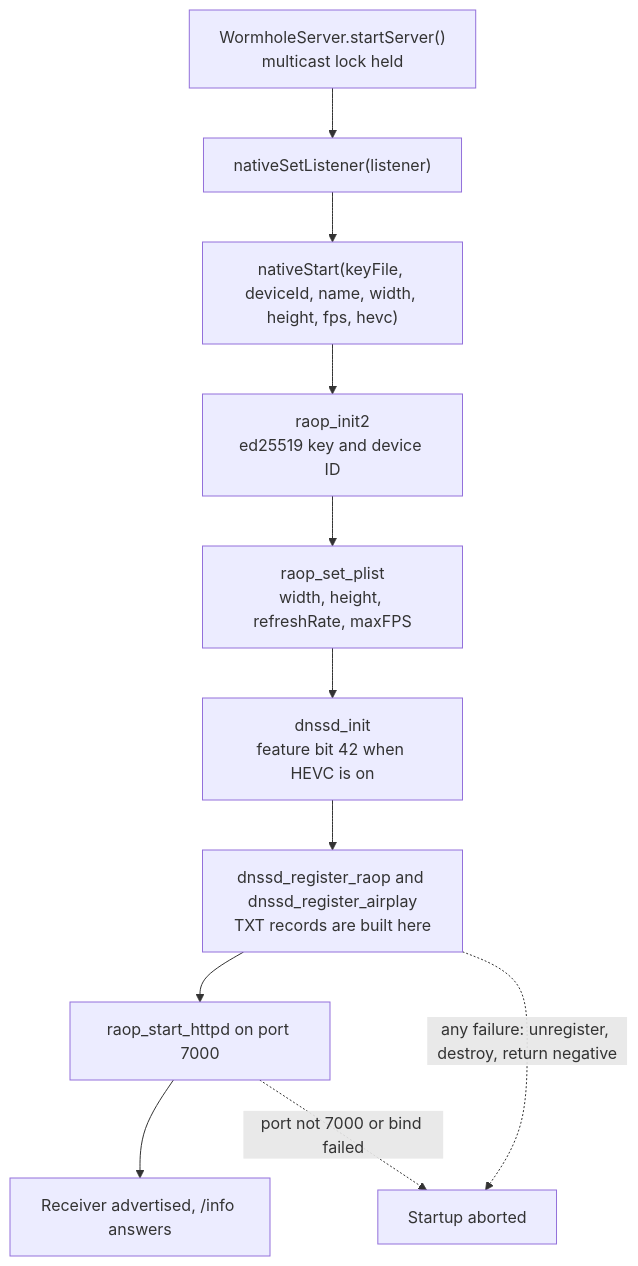
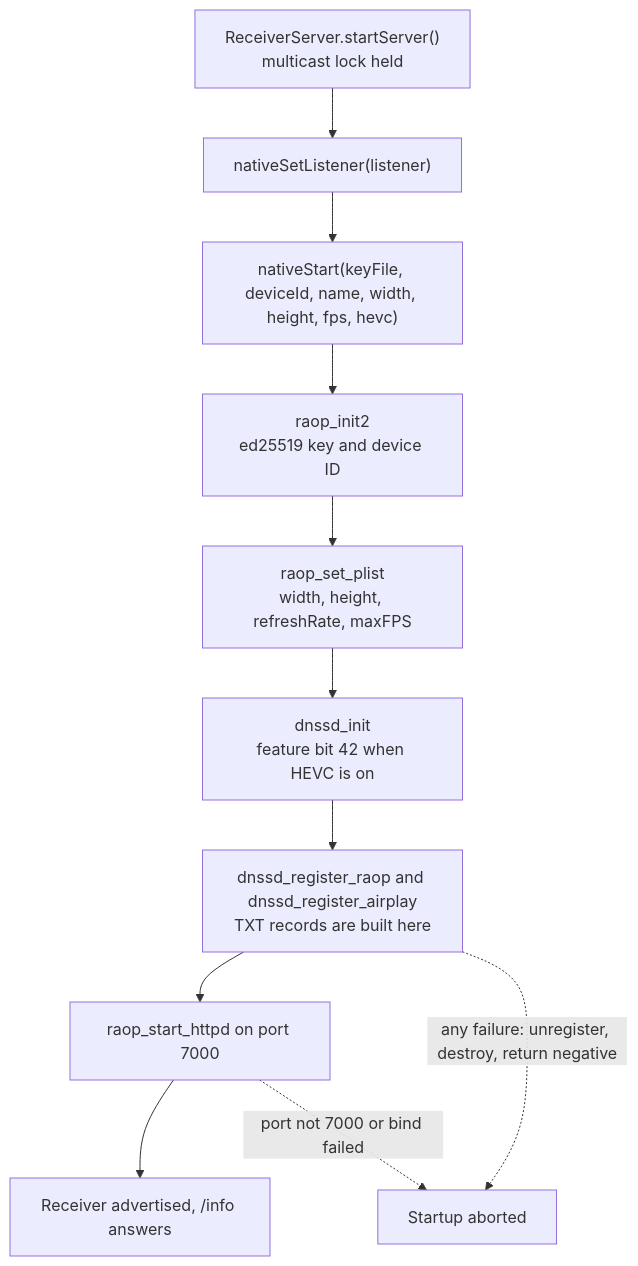
One commit to swide-git/second-display changed the second of 6 diagrams in docs/architecture.md. Above: the diagram before and after it, drawn with Mermaid. The commit also changed other lines of this file and 26 other files, not shown here.

````diff
--- a/docs/architecture.md
+++ b/docs/architecture.md
@@ -89,13 +89,13 @@
 ```mermaid
 flowchart TD
-    A["WormholeServer.startServer()<br/>multicast lock held"] --> B["nativeSetListener(listener)"]
+    A["ReceiverServer.startServer()<br/>multicast lock held"] --> B["nativeSetListener(listener)"]
     B --> C["nativeStart(keyFile, deviceId, name, width, height, fps, hevc)"]
     C --> D["raop_init2<br/>ed25519 key and device ID"]
     D --> E["raop_set_plist<br/>width, height, refreshRate, maxFPS"]
     E --> F["dnssd_init<br/>feature bit 42 when HEVC is on"]
     F --> G["dnssd_register_raop and dnssd_register_airplay<br/>TXT records are built here"]
     G --> H["raop_start_httpd on port 7000"]
     H --> I["Receiver advertised, /info answers"]
     G -. "any failure: unregister, destroy, return negative" .-> X["Startup aborted"]
     H -. "port not 7000 or bind failed" .-> X
 ```
````
